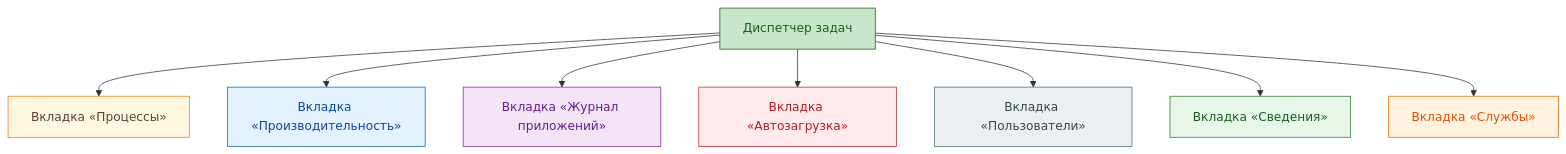
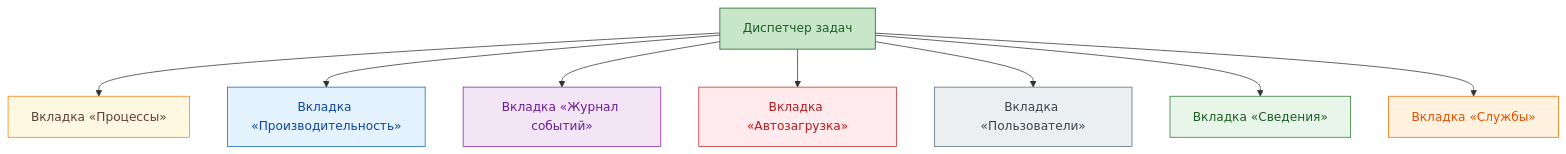
One commit to Spirzen/it-knowledge-base changed the first of 6 diagrams in docs/encyclopedia/1-basics/1-11-soft-ryadovogo-polzovatelya/1.md. Above: the diagram before and after it, drawn with Mermaid. The commit also changed other lines of this file and 1180 other files, not shown here.

````diff
--- a/docs/encyclopedia/1-basics/1-11-soft-ryadovogo-polzovatelya/1.md
+++ b/docs/encyclopedia/1-basics/1-11-soft-ryadovogo-polzovatelya/1.md
@@ -348,19 +354,19 @@
 ```mermaid
 flowchart TD
     A[Диспетчер задач] --> B[Вкладка «Процессы»]
     A --> C[Вкладка «Производительность»]
-    A --> D[Вкладка «Журнал приложений»]
+    A --> D[Вкладка «Журнал событий»]
     A --> E[Вкладка «Автозагрузка»]
     A --> F[Вкладка «Пользователи»]
     A --> G[Вкладка «Сведения»]
     A --> H[Вкладка «Службы»]
     
     style A fill:#c8e6c9,stroke:#1b5e20,color:#1b5e20
     style B fill:#fff8e1,stroke:#f57f17,color:#5d4037
     style C fill:#e3f2fd,stroke:#1565c0,color:#0d47a1
     style D fill:#f3e5f5,stroke:#8e24aa,color:#6a1b9a
     style E fill:#ffebee,stroke:#c62828,color:#b71c1c
     style F fill:#eceff1,stroke:#546e7a,color:#37474f
     style G fill:#e8f5e9,stroke:#2e7d32,color:#1b5e20
     style H fill:#fff3e0,stroke:#ef6c00,color:#e65100
 ```
````
